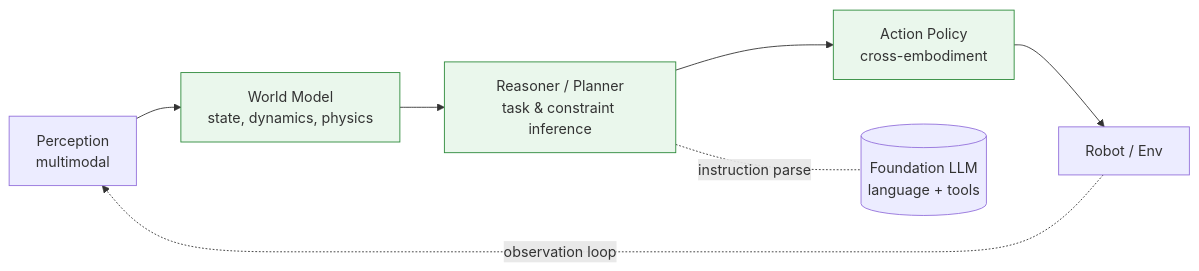
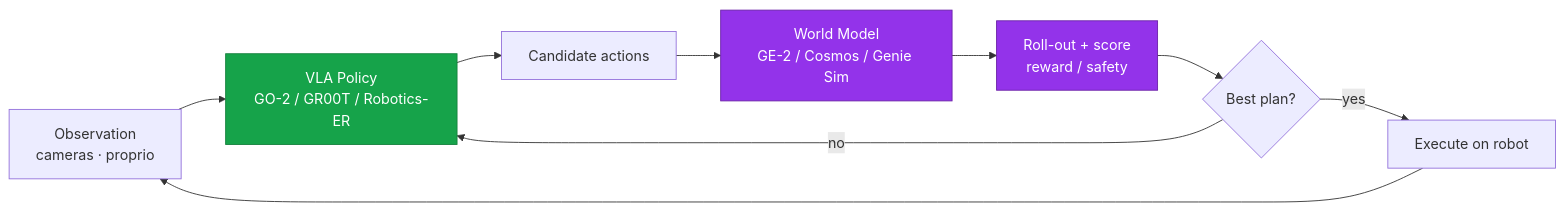
Before and after one commit to voyarchie/llm-updates: the third of 6 diagrams in 2026-Apr-30/2026-Apr-30_LLM_updates.md, drawn with Mermaid. The commit also changed other lines of this file and 1 other file, not shown here.

First line of the commit message:
Refresh 2026-Apr-30 LLM updates: architecture-deep late-night pass

````diff
--- a/2026-Apr-30/2026-Apr-30_LLM_updates.md
+++ b/2026-Apr-30/2026-Apr-30_LLM_updates.md
@@ -181,11 +221,15 @@
 ```mermaid
 flowchart LR
-    P[Perception<br/>multimodal] --> WM[World Model<br/>state, dynamics, physics]
-    WM --> R[Reasoner / Planner<br/>task &amp; constraint inference]
-    R --> A[Action Policy<br/>cross-embodiment]
-    A --> ENV[Robot / Env]
-    ENV -.observation loop.-> P
-    R -. instruction parse .- LLM[(Foundation LLM<br/>language + tools)]
-    classDef wm fill:#eaf7ec,stroke:#2c8a3a
-    class WM,R,A wm
+    O[Observation<br/>cameras · proprio] --> P[VLA Policy<br/>GO-2 / GR00T / Robotics-ER]
+    P --> A[Candidate actions]
+    A --> WM[World Model<br/>GE-2 / Cosmos / Genie Sim]
+    WM --> R[Roll-out + score<br/>reward / safety]
+    R --> SEL{Best plan?}
+    SEL -->|yes| EX[Execute on robot]
+    SEL -->|no| P
+    EX --> O
+    classDef policy fill:#16a34a,stroke:#15803d,color:#fff
+    classDef wm fill:#9333ea,stroke:#6b21a8,color:#fff
+    class P policy
+    class WM,R wm
 ```
````
